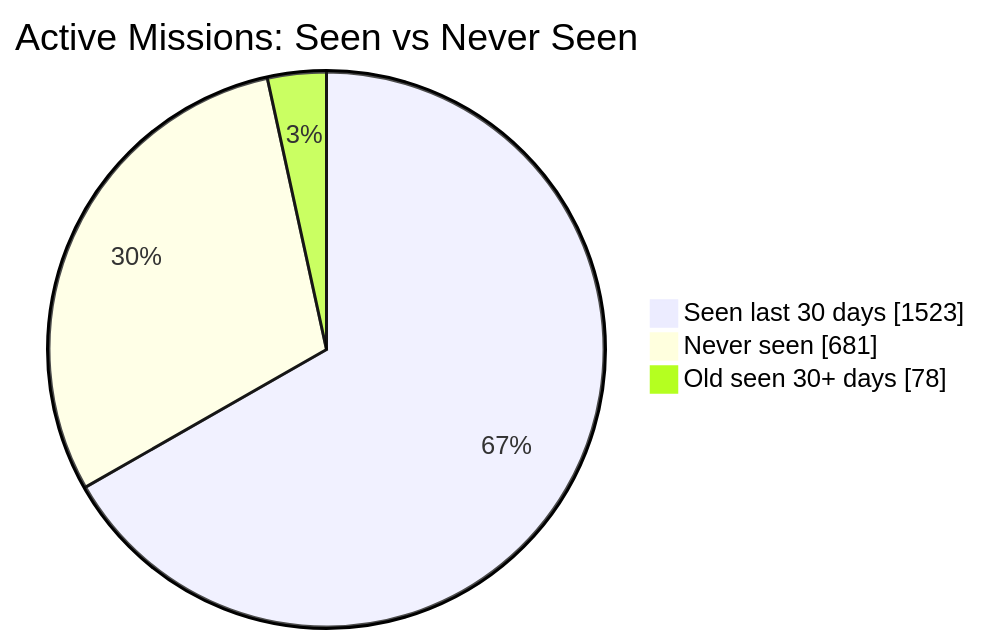
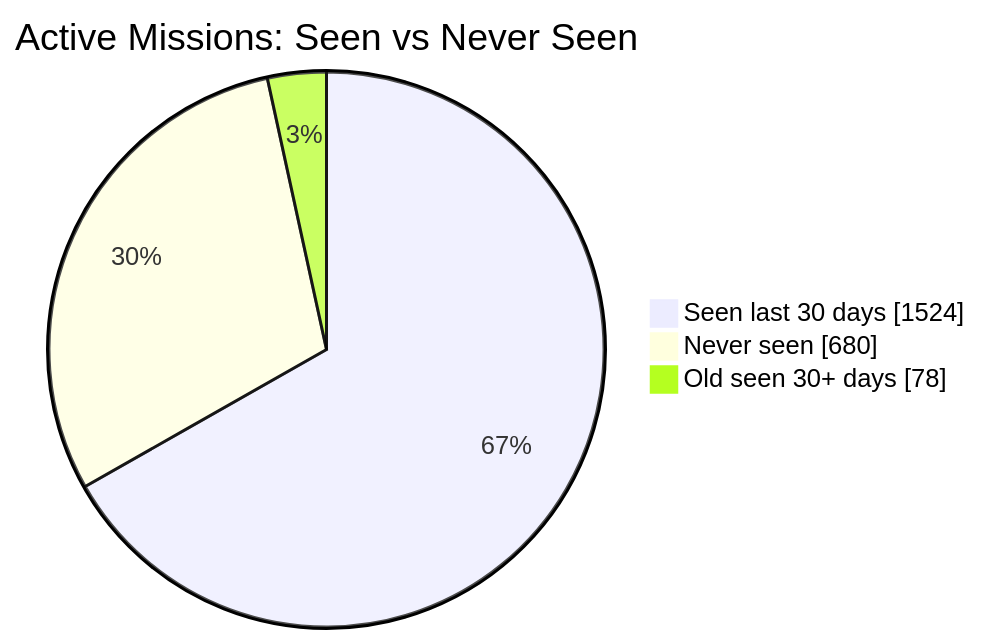
One commit to MeldkamerspelGameTeam/active-missions changed the first of 2 diagrams in README.md. Above: the diagram before and after it, drawn with Mermaid. The commit also changed other lines of this file and 2 other files, not shown here.

````diff
--- a/README.md
+++ b/README.md
@@ -34,7 +34,7 @@
 ```mermaid
 pie showData
     title Active Missions: Seen vs Never Seen
-    "Seen last 30 days" : 1523
-    "Never seen" : 681
+    "Seen last 30 days" : 1524
+    "Never seen" : 680
     "Old seen 30+ days" : 78
 ```
````
